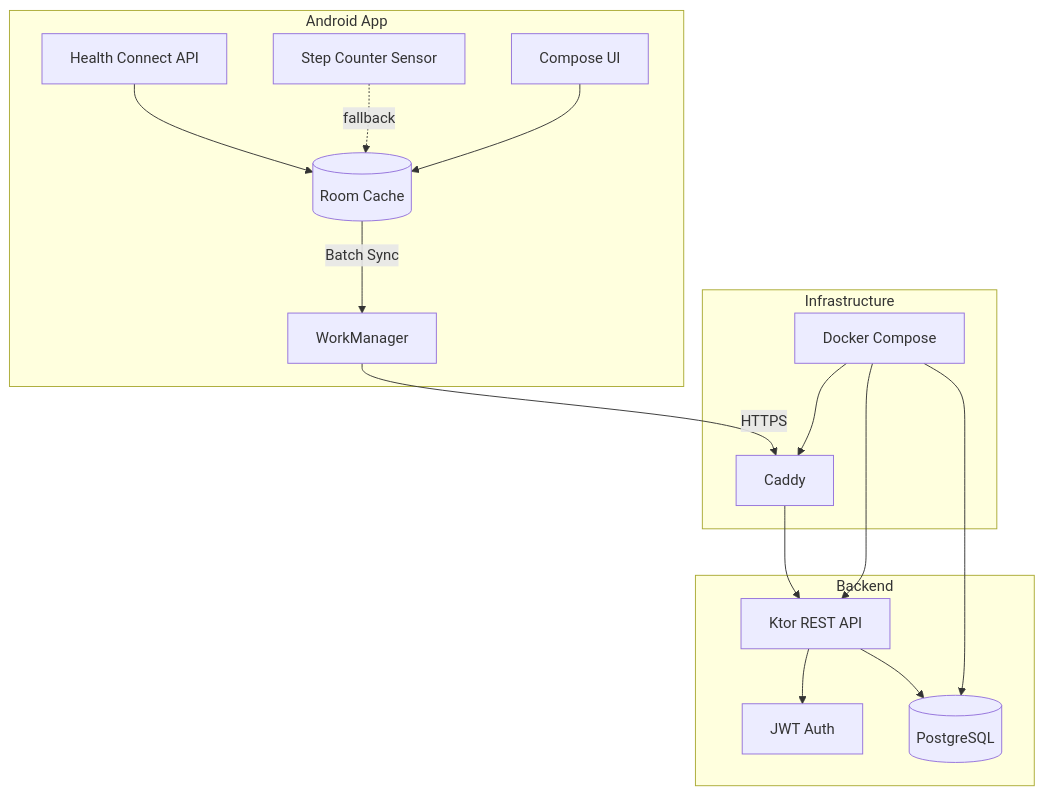
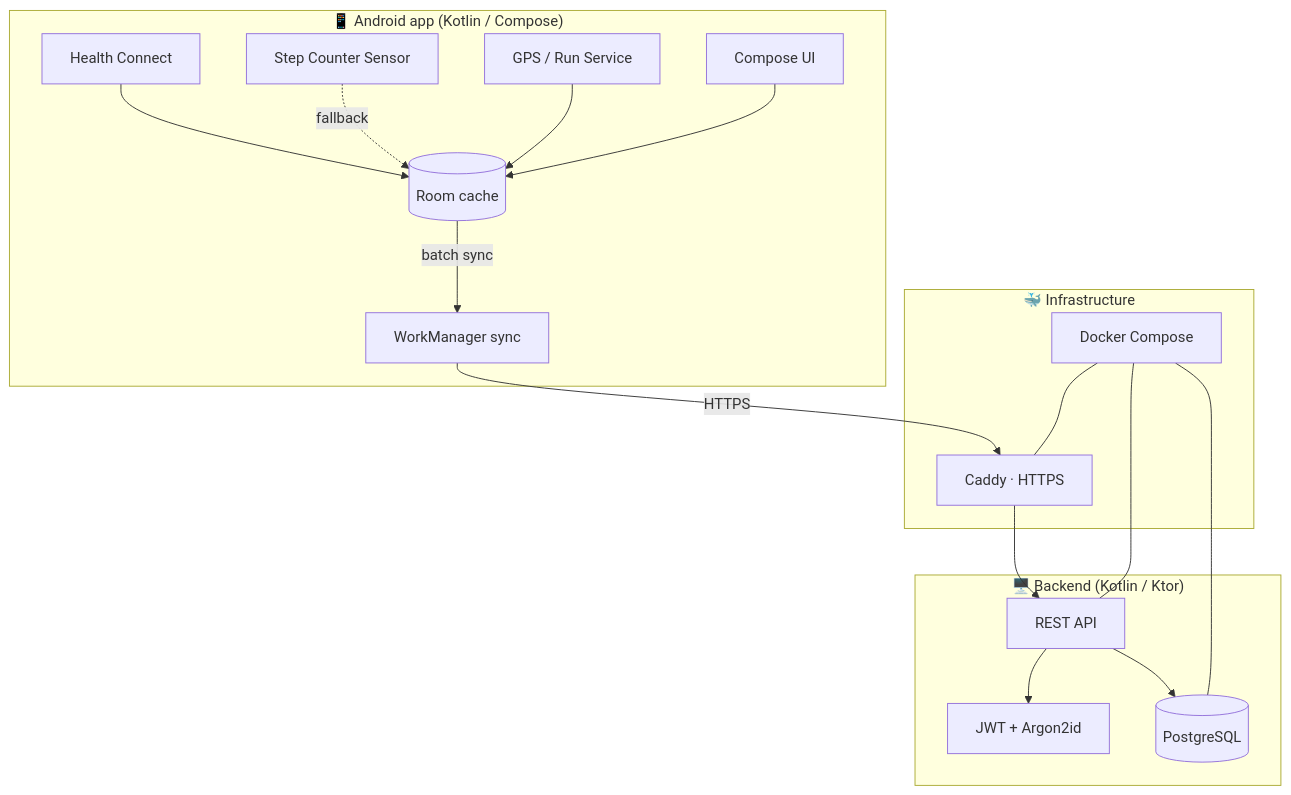
Before and after one commit to Aron-Magg/StepsTracker: the diagram in README.md, drawn with Mermaid. The commit also changed other lines of this file and 59 other files, not shown here.

````diff
--- a/README.md
+++ b/README.md
@@ -72,33 +87,33 @@
 ```mermaid
 flowchart TB
-    subgraph Android App
-        HC[Health Connect API]
+    subgraph Android["📱 Android app (Kotlin / Compose)"]
+        HC[Health Connect]
         SC[Step Counter Sensor]
+        GPS[GPS / Run Service]
         UI[Compose UI]
-        ROOM[(Room Cache)]
-        WM[WorkManager]
+        ROOM[(Room cache)]
+        WM[WorkManager sync]
     end
-    
-    subgraph Backend
-        API[Ktor REST API]
-        AUTH[JWT Auth]
+
+    subgraph Backend["🖥️ Backend (Kotlin / Ktor)"]
+        API[REST API]
+        AUTH[JWT + Argon2id]
         DB[(PostgreSQL)]
     end
-    
-    subgraph Infrastructure
-        CADDY[Caddy]
+
+    subgraph Infra["🐳 Infrastructure"]
+        CADDY[Caddy · HTTPS]
         DOCKER[Docker Compose]
     end
-    
+
     HC --> ROOM
     SC -.fallback.-> ROOM
+    GPS --> ROOM
     UI --> ROOM
-    ROOM -->|Batch Sync| WM
+    ROOM -->|batch sync| WM
     WM -->|HTTPS| CADDY
     CADDY --> API
     API --> AUTH
     API --> DB
-    DOCKER --> API
-    DOCKER --> DB
-    DOCKER --> CADDY
+    DOCKER --- API & DB & CADDY
 ```
````
